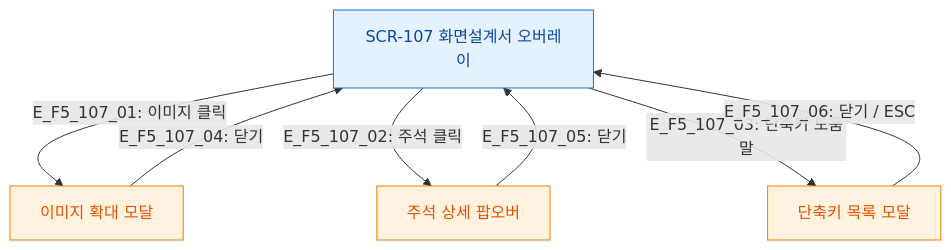
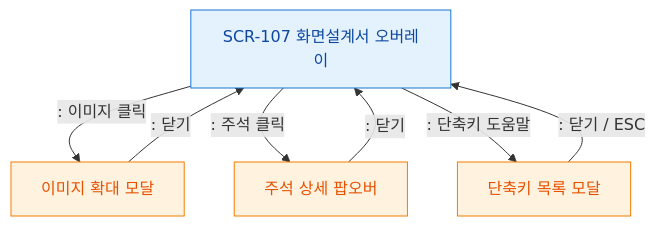
Before and after one commit to dev-spogym/admin-pando: the diagram in docs/다이어그램/D01_공통/SCR-107_화면설계서오버레이/F5_모달트리거.md, drawn with Mermaid. The commit also changed other lines of this file and 1660 other files, not shown here.

First line of the commit message:
다이어그램: 기획자/클라이언트 납품본으로 정리

````diff
--- a/docs/다이어그램/D01_공통/SCR-107_화면설계서오버레이/F5_모달트리거.md
+++ b/docs/다이어그램/D01_공통/SCR-107_화면설계서오버레이/F5_모달트리거.md
@@ -19,18 +17,18 @@
 ```mermaid
 flowchart TD
     SCR_107[SCR-107 화면설계서 오버레이]
 
-    SCR_107 -->|"E_F5_107_01: 이미지 클릭"| IMG_ZOOM[이미지 확대 모달]
-    SCR_107 -->|"E_F5_107_02: 주석 클릭"| ANNOTATION_DETAIL[주석 상세 팝오버]
-    SCR_107 -->|"E_F5_107_03: 단축키 도움말"| SHORTCUT_MODAL[단축키 목록 모달]
+    SCR_107 -->|": 이미지 클릭"|IMG_ZOOM[이미지 확대 모달]
+    SCR_107 -->|": 주석 클릭"|ANNOTATION_DETAIL[주석 상세 팝오버]
+    SCR_107 -->|": 단축키 도움말"|SHORTCUT_MODAL[단축키 목록 모달]
 
-    IMG_ZOOM -->|"E_F5_107_04: 닫기"| SCR_107
-    ANNOTATION_DETAIL -->|"E_F5_107_05: 닫기"| SCR_107
-    SHORTCUT_MODAL -->|"E_F5_107_06: 닫기 / ESC"| SCR_107
+    IMG_ZOOM -->|": 닫기"|SCR_107
+    ANNOTATION_DETAIL -->|": 닫기"|SCR_107
+    SHORTCUT_MODAL -->|": 닫기 / ESC"|SCR_107
 
-    classDef screen  fill:#E3F2FD,stroke:#1976D2,color:#0D47A1
-    classDef modal   fill:#FFF3E0,stroke:#F57C00,color:#E65100
-    classDef system  fill:#EDE7F6,stroke:#5E35B2
+    classDef screen fill:#E3F2FD,stroke:#1976D2,color:#0D47A1
+    classDef modal fill:#FFF3E0,stroke:#F57C00,color:#E65100
+    classDef system fill:#EDE7F6,stroke:#5E35B2
     class SCR_107 screen
     class IMG_ZOOM,ANNOTATION_DETAIL,SHORTCUT_MODAL modal
 ```
````
